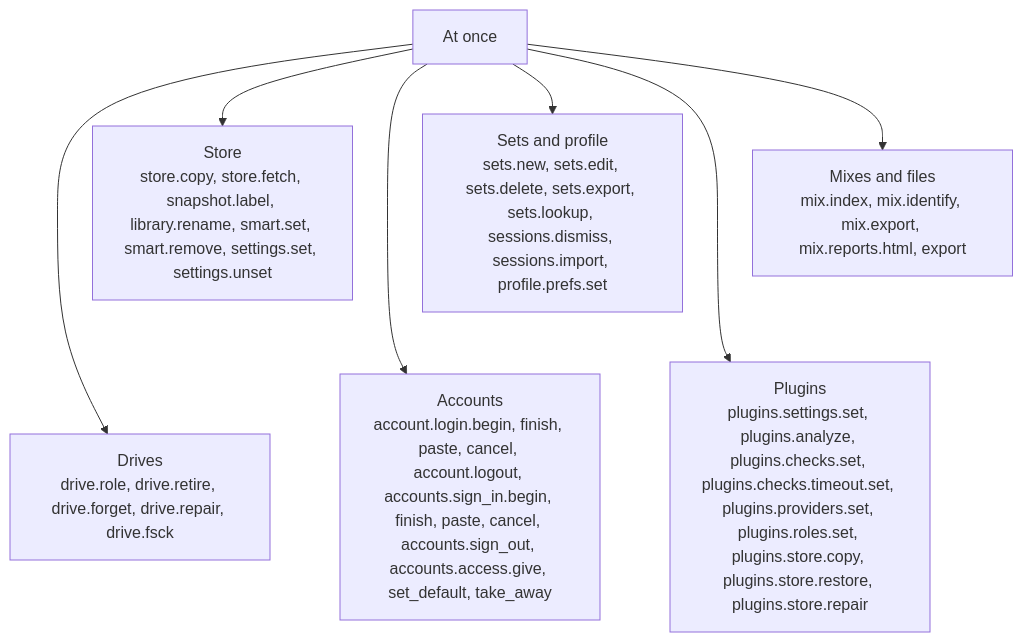
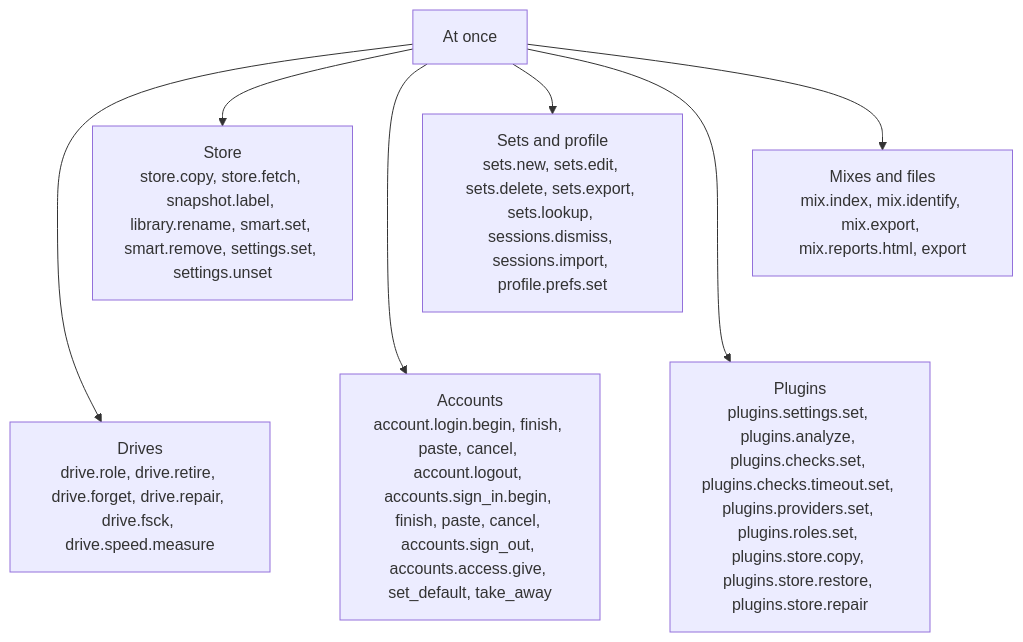
The ninth of 10 diagrams in apps/locallibrary/docs/diagrams/sidecar.md (cutenode/localnetwork), drawn with Mermaid before and after one commit. The commit also changed other lines of this file and 6 other files, not shown here.

First line of the commit message:
docs(locallibrary): bring the diagrams up to date with the code

````diff
--- a/apps/locallibrary/docs/diagrams/sidecar.md
+++ b/apps/locallibrary/docs/diagrams/sidecar.md
@@ -193,13 +193,13 @@
 ```mermaid
 flowchart TD
     hub["At once"]
     hub --> store["Store<br/>store.copy, store.fetch, snapshot.label, library.rename, smart.set, smart.remove, settings.set, settings.unset"]
     hub --> sets["Sets and profile<br/>sets.new, sets.edit, sets.delete, sets.export, sets.lookup, sessions.dismiss, sessions.import, profile.prefs.set"]
     hub --> mix["Mixes and files<br/>mix.index, mix.identify, mix.export, mix.reports.html, export"]
-    hub --> drive["Drives<br/>drive.role, drive.retire, drive.forget, drive.repair, drive.fsck"]
+    hub --> drive["Drives<br/>drive.role, drive.retire, drive.forget, drive.repair, drive.fsck, drive.speed.measure"]
     hub --> account["Accounts<br/>account.login.begin, finish, paste, cancel, account.logout, accounts.sign_in.begin, finish, paste, cancel, accounts.sign_out, accounts.access.give, set_default, take_away"]
     hub --> plugins["Plugins<br/>plugins.settings.set, plugins.analyze, plugins.checks.set, plugins.checks.timeout.set, plugins.providers.set, plugins.roles.set, plugins.store.copy, plugins.store.restore, plugins.store.repair"]
     store ~~~ drive
     sets ~~~ account
     mix ~~~ plugins
 ```
````
